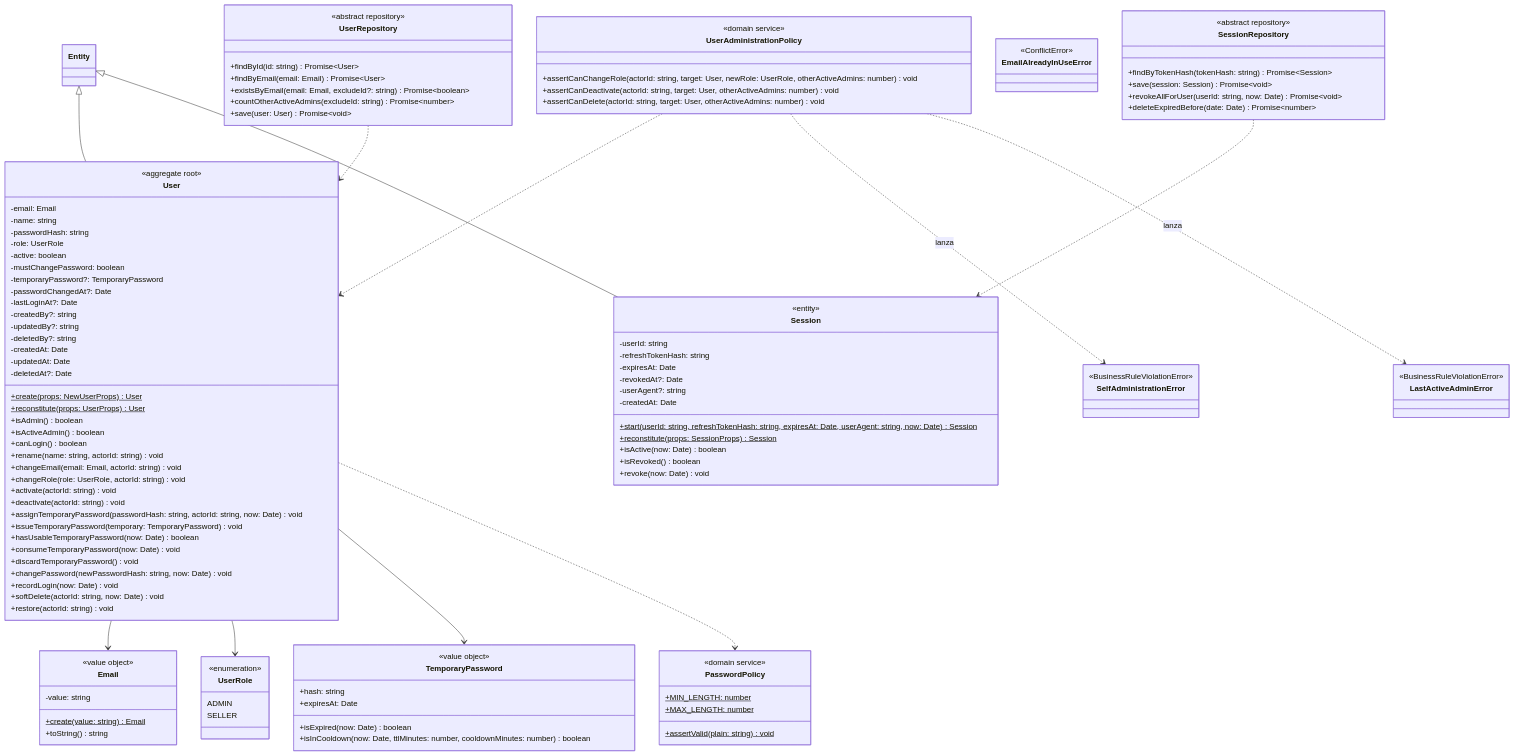
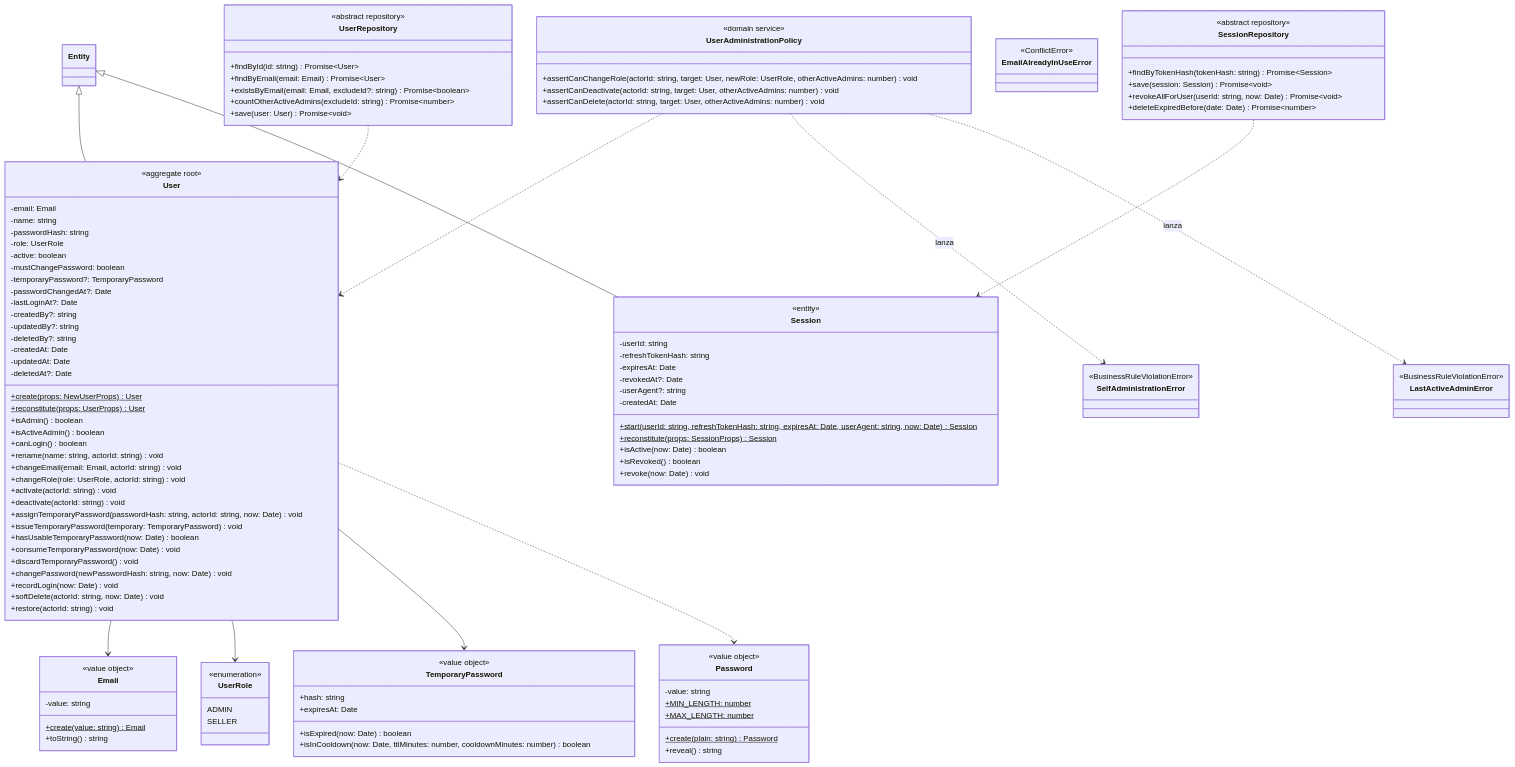
The third of 11 diagrams in backend/docs/Backend.md (FrancoGhilardi/TFI-TUP-Ghilardi-Chiaravalloti), drawn with Mermaid before and after one commit. The commit also changed other lines of this file and 10 other files, not shown here.

```diff
--- a/backend/docs/Backend.md
+++ b/backend/docs/Backend.md
@@ -468,11 +468,13 @@
         +isInCooldown(now: Date, ttlMinutes: number, cooldownMinutes: number) boolean
     }
 
-    class PasswordPolicy {
-        <<domain service>>
+    class Password {
+        <<value object>>
+        -value: string
         +MIN_LENGTH: number$
         +MAX_LENGTH: number$
-        +assertValid(plain: string)$ void
+        +create(plain: string)$ Password
+        +reveal() string
     }
 
     class User {
@@ -561,7 +563,7 @@
     User --> Email
     User --> UserRole
     User --> TemporaryPassword
-    User ..> PasswordPolicy
+    User ..> Password
     UserAdministrationPolicy ..> User
     UserAdministrationPolicy ..> SelfAdministrationError : lanza
     UserAdministrationPolicy ..> LastActiveAdminError : lanza
```
